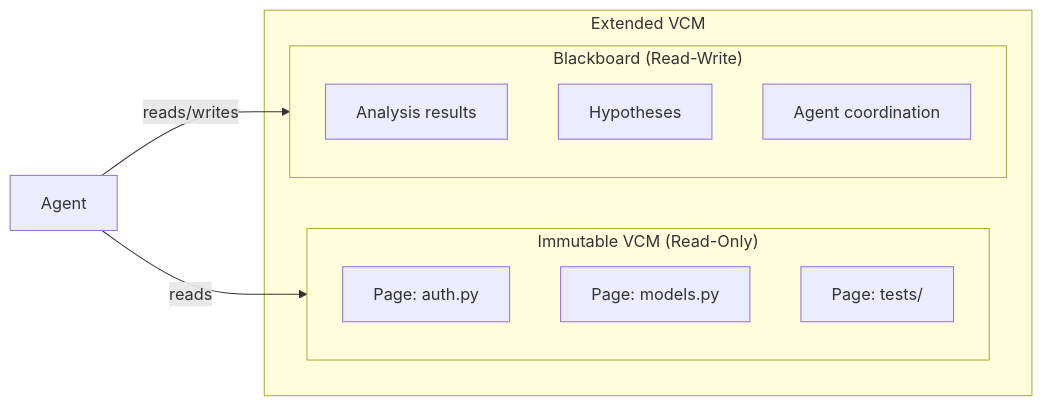
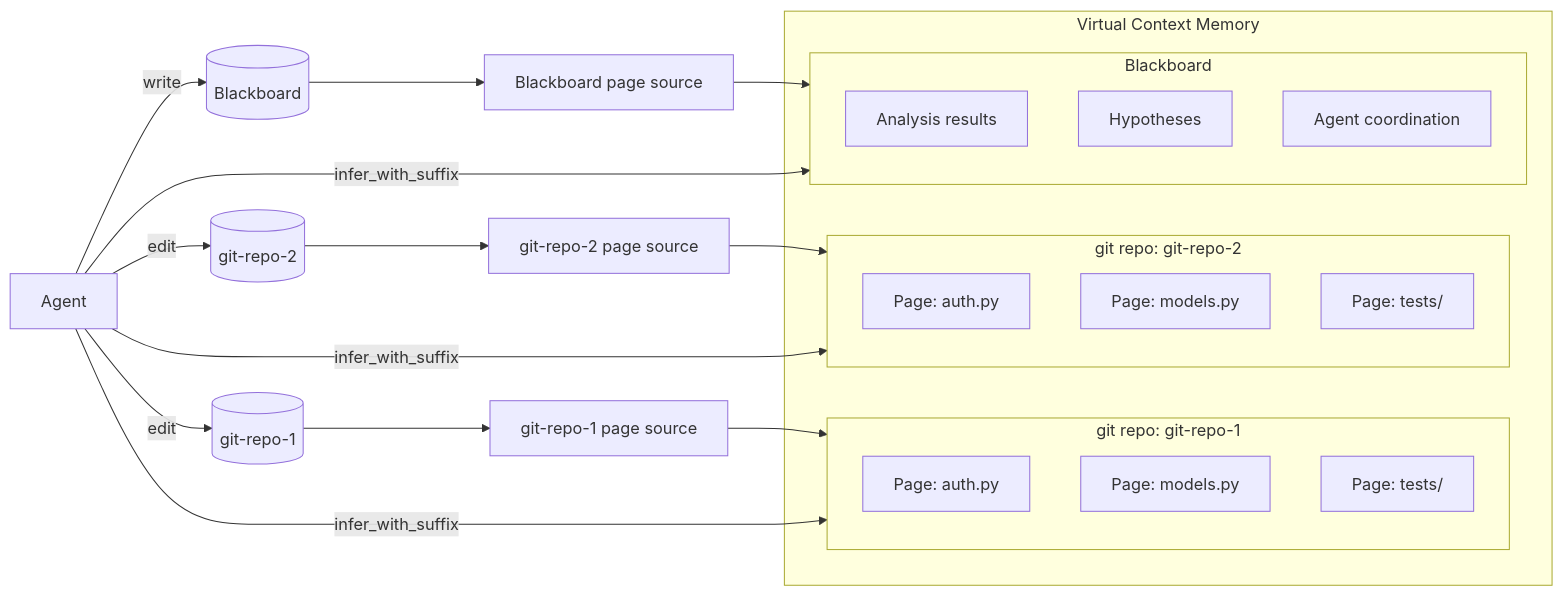
One commit to Polymathera/colony changed the diagram in docs/architecture/virtual-context-memory.md. Above: the diagram before and after it, drawn with Mermaid. The commit also changed other lines of this file and 27 other files, not shown here.

````diff
--- a/docs/architecture/virtual-context-memory.md
+++ b/docs/architecture/virtual-context-memory.md
@@ -25,17 +29,35 @@
 ```mermaid
 graph LR
-    subgraph eVCM["Extended VCM"]
-        subgraph Immutable["Immutable VCM (Read-Only)"]
-            P1["Page: auth.py"]
-            P2["Page: models.py"]
-            P3["Page: tests/"]
+
+    Agent["Agent"]
+
+    subgraph VCM["Virtual Context Memory"]
+        subgraph git-repo-1-vcm["git repo: git-repo-1"]
+            P11["Page: auth.py"]
+            P12["Page: models.py"]
+            P13["Page: tests/"]
         end
-        subgraph Mutable["Blackboard (Read-Write)"]
+        subgraph git-repo-2-vcm["git repo: git-repo-2"]
+            P21["Page: auth.py"]
+            P22["Page: models.py"]
+            P23["Page: tests/"]
+        end
+        subgraph Blackboard-vcm["Blackboard"]
             B1["Analysis results"]
             B2["Hypotheses"]
             B3["Agent coordination"]
         end
     end
-    Agent["Agent"] -->|reads| Immutable
-    Agent -->|reads/writes| Mutable
+
+    git-repo-1[("git-repo-1")] --> git-repo-1-src["git-repo-1 page source"] --> git-repo-1-vcm
+    git-repo-2[("git-repo-2")] --> git-repo-2-src["git-repo-2 page source"] --> git-repo-2-vcm
+    blackboard[("Blackboard")] --> Blackboard-src["Blackboard page source"] --> Blackboard-vcm
+
+    Agent -->|infer_with_suffix| git-repo-1-vcm
+    Agent -->|infer_with_suffix| git-repo-2-vcm
+    Agent -->|infer_with_suffix| Blackboard-vcm
+
+    Agent -->|edit| git-repo-1
+    Agent -->|edit| git-repo-2
+    Agent -->|write| blackboard
 ```
````
